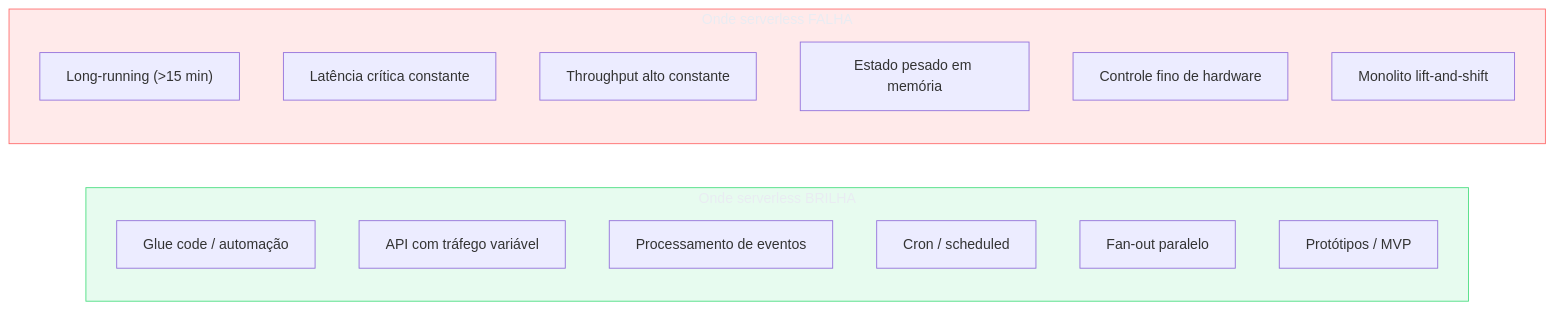
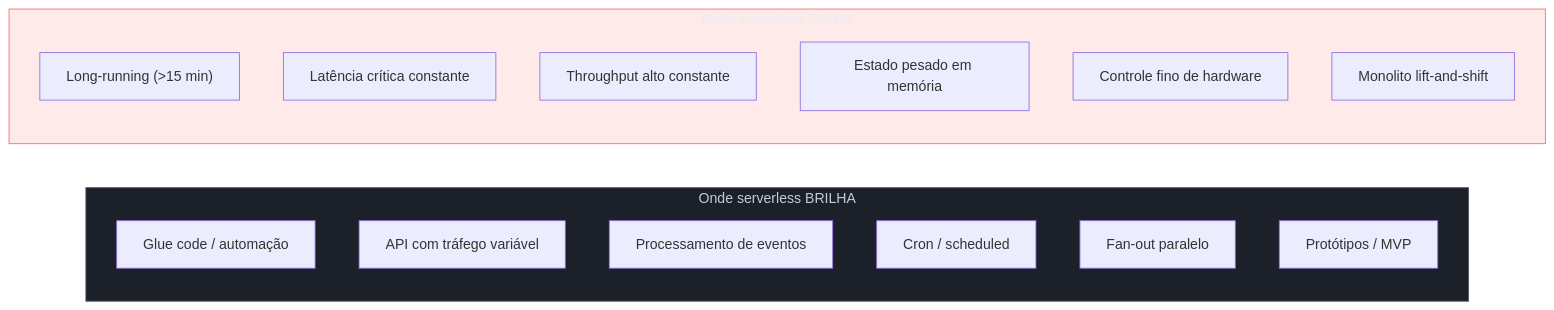
The third of 4 diagrams in 03-Dominios/Tecnologia/Cloud/11 - Serverless e FaaS — Lambda a fundo/06 - Quando serverless faz (e não faz) sentido.md (josenaldo/codex-technomanticus), drawn with Mermaid before and after one commit. The commit also changed other lines of this file and 601 other files, not shown here.

````diff
--- a/03-Dominios/Tecnologia/Cloud/11 - Serverless e FaaS — Lambda a fundo/06 - Quando serverless faz (e não faz) sentido.md
+++ b/03-Dominios/Tecnologia/Cloud/11 - Serverless e FaaS — Lambda a fundo/06 - Quando serverless faz (e não faz) sentido.md
@@ -217,27 +217,27 @@
 ```mermaid
 flowchart LR
-    classDef ok fill:#4ADE8021,stroke:#4ADE80,color:#E9ECF2
+    classDef neutro fill:#1B2029,stroke:#4E5666,color:#C6CCD8
     classDef falha fill:#FF6B6B24,stroke:#FF6B6B,color:#E9ECF2
     subgraph Brilha["Onde serverless BRILHA"]
         direction TB
         B1["Glue code / automação"]
         B2["API com tráfego variável"]
         B3["Processamento de eventos"]
         B4["Cron / scheduled"]
         B5["Fan-out paralelo"]
         B6["Protótipos / MVP"]
     end
 
     subgraph Anti["Onde serverless FALHA"]
         direction TB
         A1["Long-running (>15 min)"]
         A2["Latência crítica constante"]
         A3["Throughput alto constante"]
         A4["Estado pesado em memória"]
         A5["Controle fino de hardware"]
         A6["Monolito lift-and-shift"]
     end
 
-    class Brilha ok
+    class Brilha neutro
     class Anti falha
 ```
````
